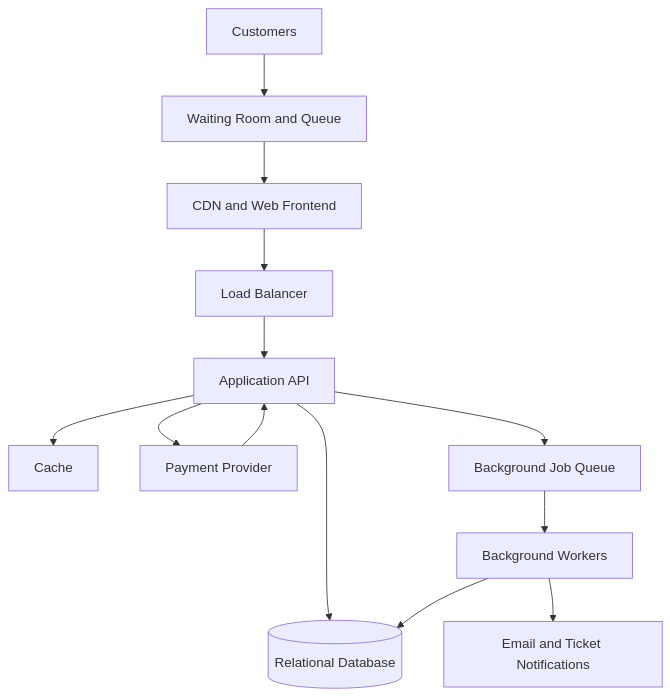
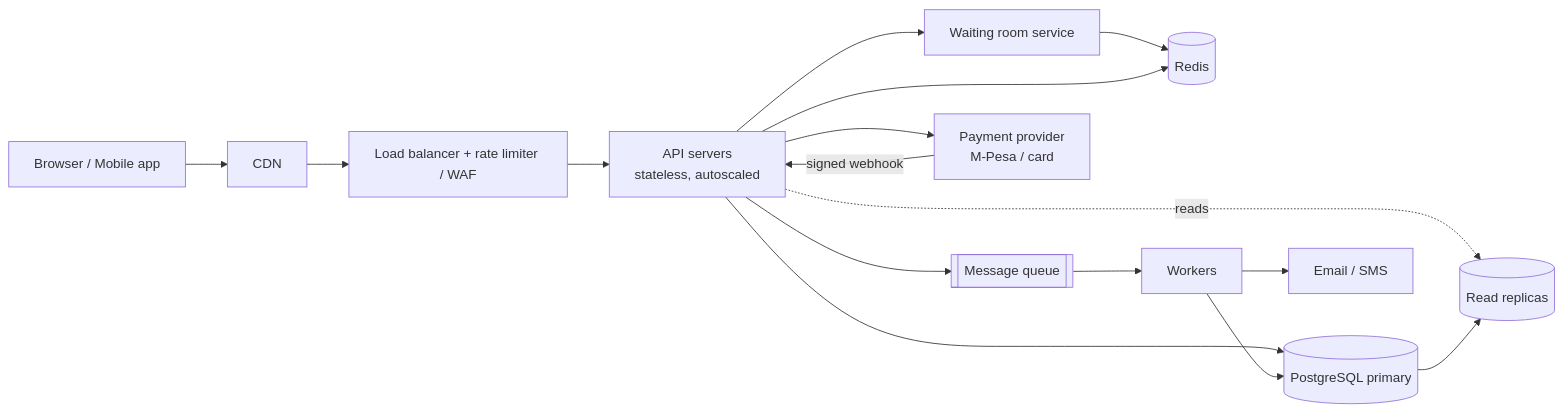
The diagram in day8/ticketing-design.md (KevinKay-art/web-foundations-days), drawn with Mermaid before and after one commit. The commit also changed other lines of this file and 1 other file, not shown here.

````diff
--- a/day8/ticketing-design.md
+++ b/day8/ticketing-design.md
@@ -210,15 +351,18 @@
 ```mermaid
-flowchart TD
-    U[Customers] --> W[Waiting Room and Queue]
-    W --> CDN[CDN and Web Frontend]
-    CDN --> LB[Load Balancer]
-    LB --> API[Application API]
-    API --> CACHE[Cache]
-    API --> DB[(Relational Database)]
-    API --> PAY[Payment Provider]
-    PAY --> API
-    API --> Q[Background Job Queue]
-    Q --> WORKER[Background Workers]
-    WORKER --> DB
-    WORKER --> N[Email and Ticket Notifications]
+flowchart LR
+    U[Browser / Mobile app] --> CDN[CDN]
+    CDN --> LB[Load balancer + rate limiter / WAF]
+    LB --> API[API servers<br/>stateless, autoscaled]
+    API --> WR[Waiting room service]
+    WR --> R[(Redis)]
+    API --> R
+    API --> PGP[(PostgreSQL primary)]
+    API -. reads .-> PGR[(Read replicas)]
+    PGP --> PGR
+    API --> Q[[Message queue]]
+    Q --> W[Workers]
+    W --> PGP
+    W --> N[Email / SMS]
+    API --> PAY[Payment provider<br/>M-Pesa / card]
+    PAY -- signed webhook --> API
 ```
````
